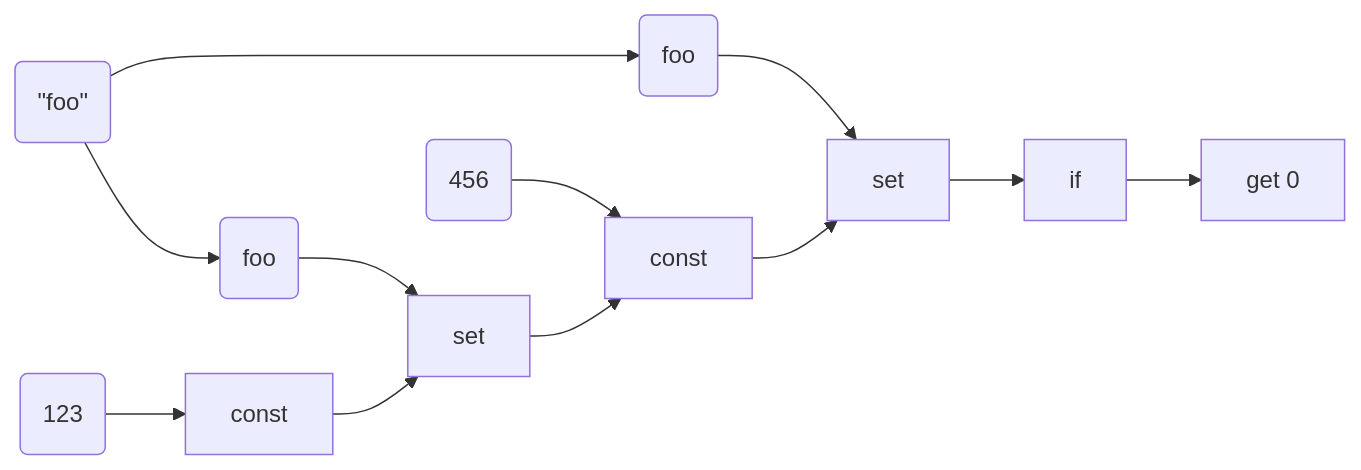
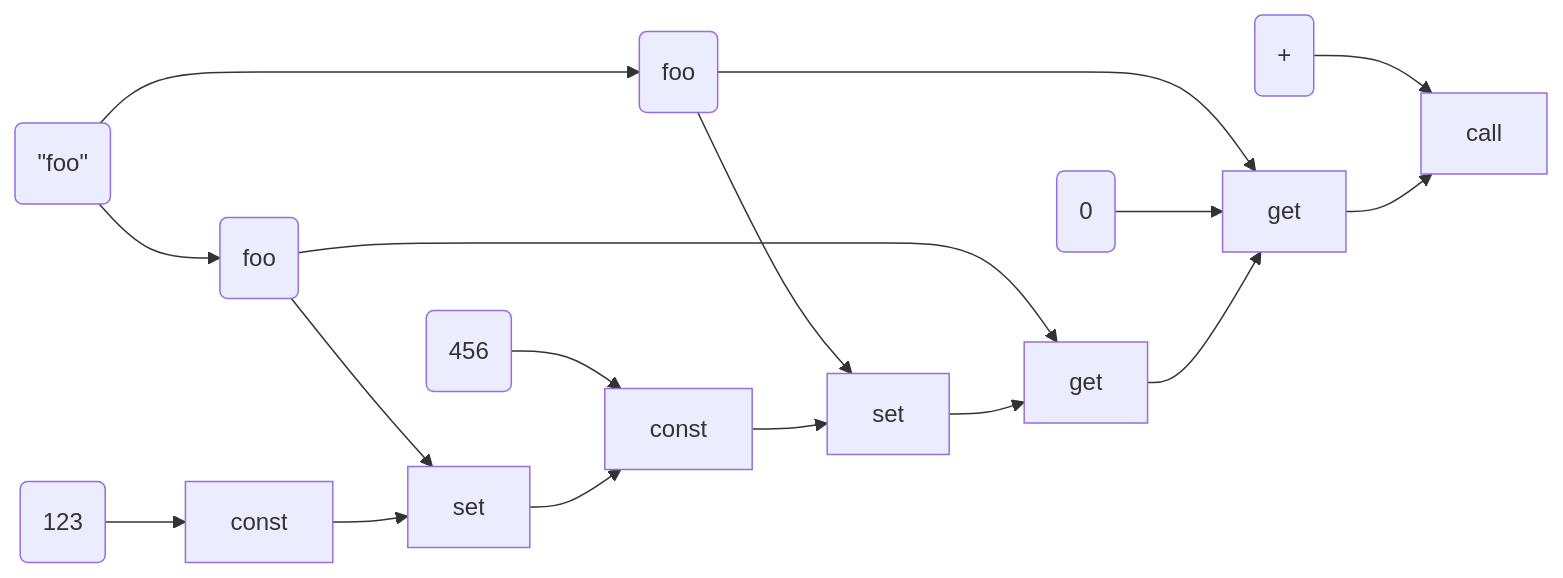
The diagram in slides/papers/stak-scheme/library-system.mmd (raviqqe/doc), drawn with Mermaid before and after one commit.

```diff
--- a/slides/papers/stak-scheme/library-system.mmd
+++ b/slides/papers/stak-scheme/library-system.mmd
@@ -1,10 +1,14 @@
 flowchart LR
   d0(123) --> c0
   d1(456) --> c2
   d2(#quot;foo#quot;) --> d3
   d2 --> d4
   d3(foo) --> c1
+  d3 --> c4
   d4(foo) --> c3
+  d4 --> c5
+  d5(0) --> c5
+  d6(+) --> c6
   c0[const] --> c1[set] --> c2
   c2[const] --> c3[set] --> c4
-  c4[if] -->  c5[get 0]
+  c4[get] --> c5[get] --> c6[call]
```
